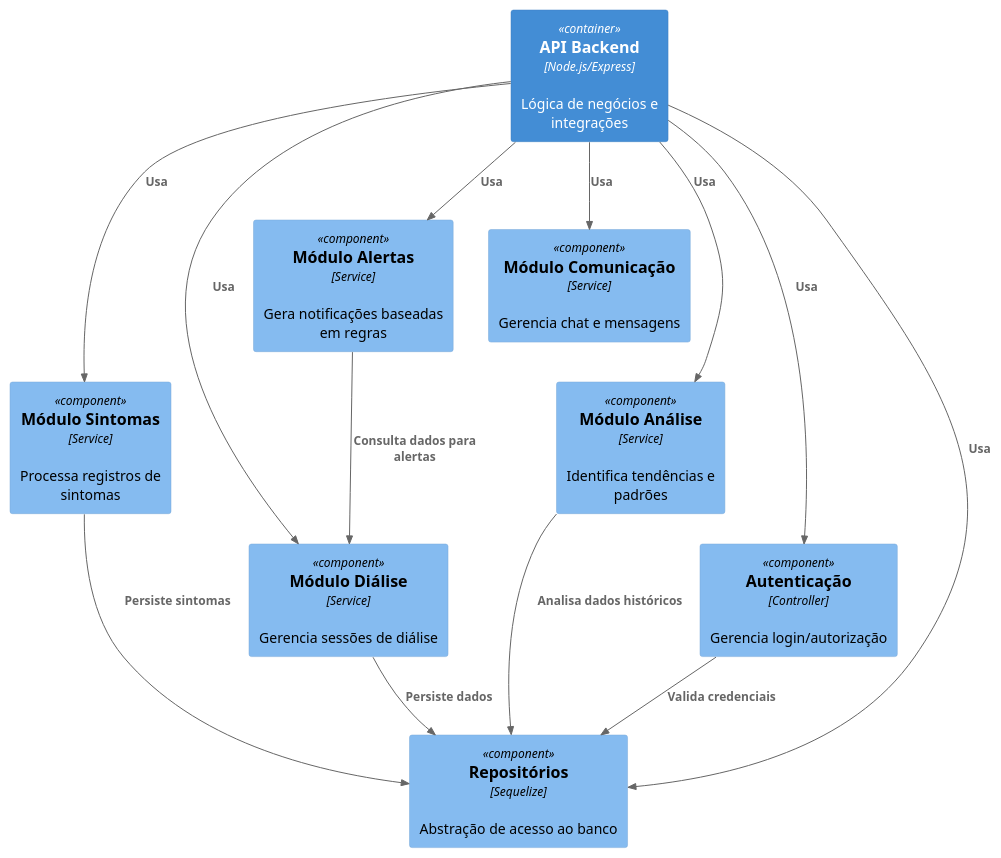
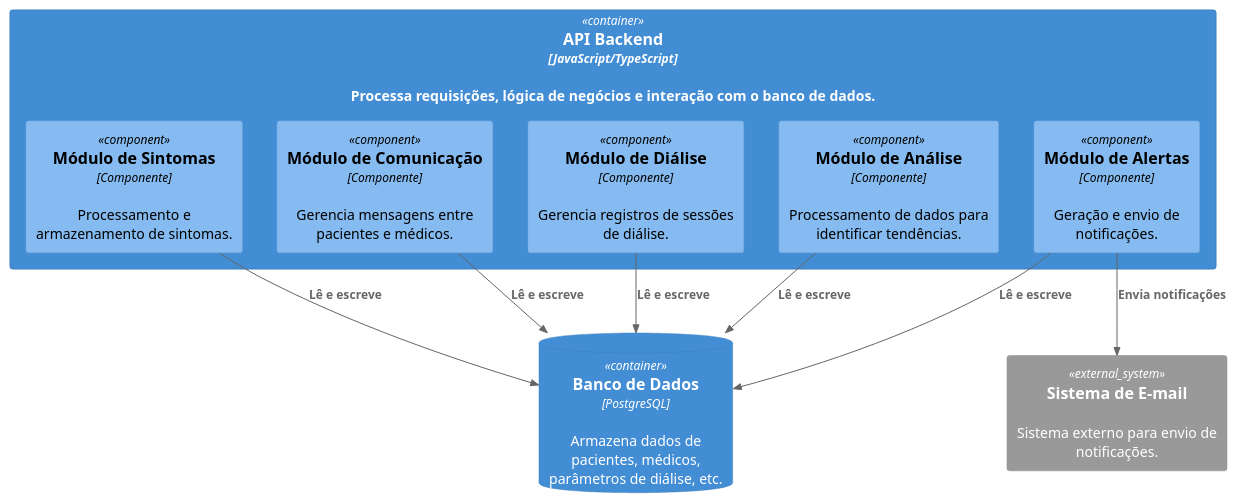
Before and after one commit to Gabriela-Oliveira-Portifolio/DialyHome: the diagram in C4model_dialise_peritonial_Nivel3_Componentes.puml, drawn with PlantUML.

```diff
--- a/C4model_dialise_peritonial_Nivel3_Componentes.puml
+++ b/C4model_dialise_peritonial_Nivel3_Componentes.puml
@@ -1,30 +1,23 @@
 @startuml
-!includeurl https://raw.githubusercontent.com/plantuml-stdlib/C4-PlantUML/master/C4_Component.puml
+!include https://raw.githubusercontent.com/plantuml-stdlib/C4-PlantUML/master/C4_Component.puml
 
-' Container principal do backend
-Container(api, "API Backend", "Node.js/Express", "Lógica de negócios e integrações")
+Container(api_backend, "API Backend", "JavaScript/TypeScript", "Processa requisições, lógica de negócios e interação com o banco de dados.") {
+  Component(dialysis_module, "Módulo de Diálise", "Componente", "Gerencia registros de sessões de diálise.")
+  Component(symptoms_module, "Módulo de Sintomas", "Componente", "Processamento e armazenamento de sintomas.")
+  Component(alerts_module, "Módulo de Alertas", "Componente", "Geração e envio de notificações.")
+  Component(communication_module, "Módulo de Comunicação", "Componente", "Gerencia mensagens entre pacientes e médicos.")
+  Component(analysis_module, "Módulo de Análise", "Componente", "Processamento de dados para identificar tendências.")
+}
 
-Component(dialise, "Módulo Diálise", "Service", "Gerencia sessões de diálise")
-Component(sintomas, "Módulo Sintomas", "Service", "Processa registros de sintomas")
-Component(alertas, "Módulo Alertas", "Service", "Gera notificações baseadas em regras")
-Component(comunicacao, "Módulo Comunicação", "Service", "Gerencia chat e mensagens")
-Component(analise, "Módulo Análise", "Service", "Identifica tendências e padrões")
-Component(auth, "Autenticação", "Controller", "Gerencia login/autorização")
-Component(repos, "Repositórios", "Sequelize", "Abstração de acesso ao banco")
+ContainerDb(database, "Banco de Dados", "PostgreSQL", "Armazena dados de pacientes, médicos, parâmetros de diálise, etc.")
 
-Rel(dialise, repos, "Persiste dados")
-Rel(sintomas, repos, "Persiste sintomas")
-Rel(alertas, dialise, "Consulta dados para alertas")
-Rel(analise, repos, "Analisa dados históricos")
-Rel(auth, repos, "Valida credenciais")
+Rel(dialysis_module, database, "Lê e escreve")
+Rel(symptoms_module, database, "Lê e escreve")
+Rel(alerts_module, database, "Lê e escreve")
+Rel(communication_module, database, "Lê e escreve")
+Rel(analysis_module, database, "Lê e escreve")
 
-' Relacionamento entre componentes e o container principal (opcional)
-Rel(api, dialise, "Usa")
-Rel(api, sintomas, "Usa")
-Rel(api, alertas, "Usa")
-Rel(api, comunicacao, "Usa")
-Rel(api, analise, "Usa")
-Rel(api, auth, "Usa")
-Rel(api, repos, "Usa")
+System_Ext(email_system, "Sistema de E-mail", "Sistema externo para envio de notificações.")
+Rel(alerts_module, email_system, "Envia notificações")
 
 @enduml
```
